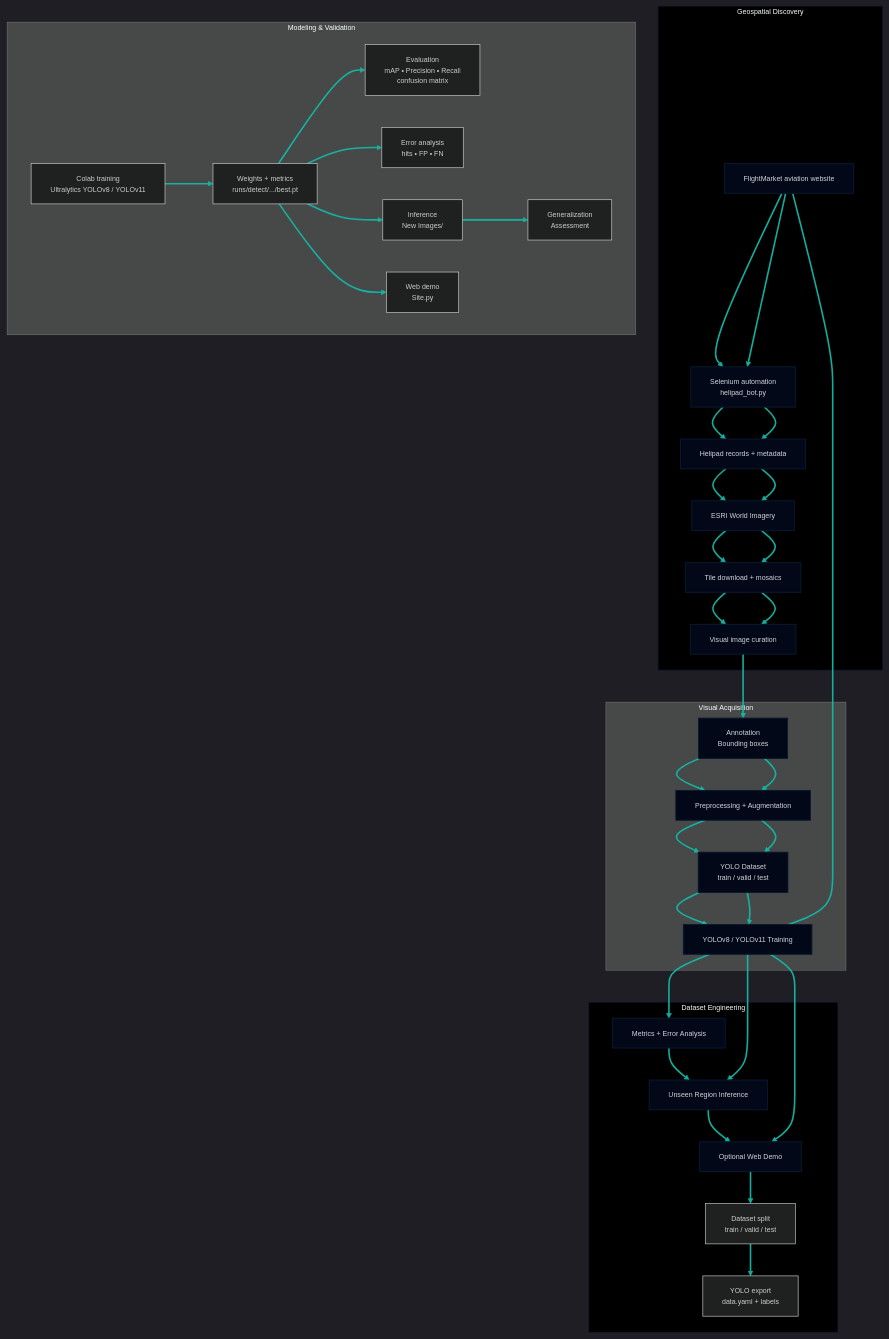
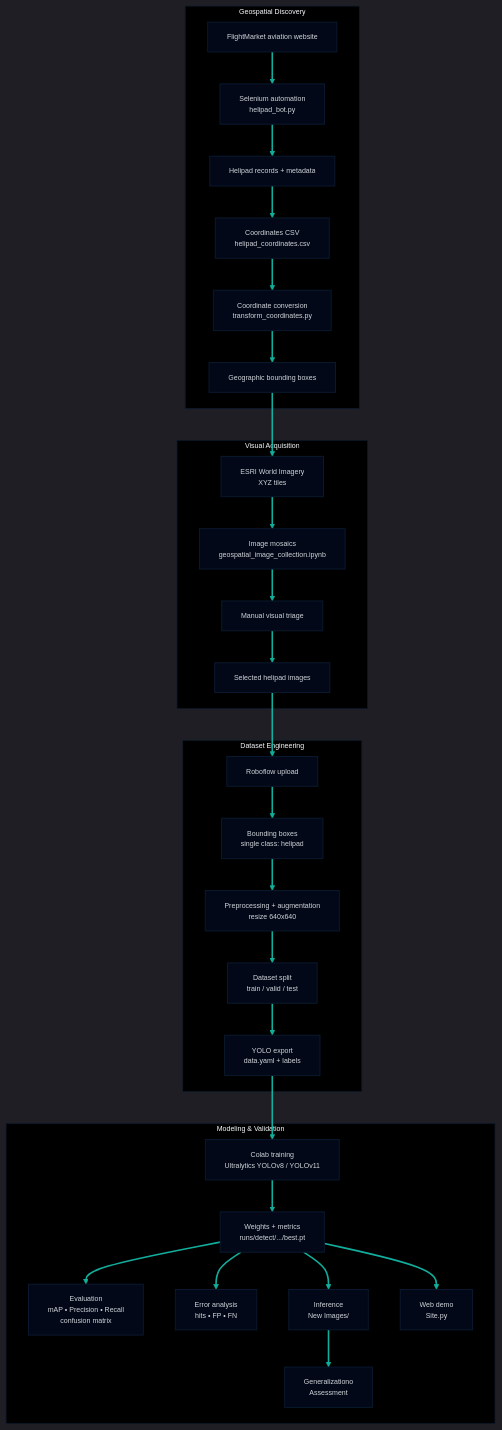
Before and after one commit to Mindful-AI-Research/3-project-ai-ml-yolo-helipad_detector: the diagram in README.md, drawn with Mermaid.

Commit message:
Update README.md (#17)

````diff
--- a/README.md
+++ b/README.md
@@ -403,7 +403,7 @@
     "theme": "dark",
     "themeVariables": {
       "background": "#020617",
-      "primaryTextColor": "#14B8A6",
+      "primaryTextColor": "#D1D5DB",
       "lineColor": "#14b8a6",
       "defaultLinkColor": "#14b8a6",
       "fontFamily": "Inter, Segoe UI, Arial, sans-serif",
@@ -419,10 +419,8 @@
 classDef group fill:#000000,stroke:#0a1a2f,color:#F8FAFC,stroke-width:1px;
 
 
+%% ===== G1 =====
 subgraph G1["Geospatial Discovery"]
-A["Helipad data acquisition"]
-B["Coordinates + metadata"]
-C["Geographic bounding boxes"]
 
 A["FlightMarket aviation website"]
 B["Selenium automation<br/>helipad_bot.py"]
@@ -445,24 +443,12 @@
 J["Selected helipad images"]
 
 G --> H --> I --> J
-=======
-A --> B --> C
+
 end
 
 
-subgraph G2["Satellite Image Acquisition"]
-D["ESRI World Imagery"]
-E["Tile download + mosaics"]
-F["Visual image curation"]
-
-D --> E --> F
-end
-
-
+%% ===== G3 =====
 subgraph G3["Dataset Engineering"]
-G["Annotation<br/>Bounding boxes"]
-H["Preprocessing + Augmentation"]
-I["YOLO Dataset<br/>train / valid / test"]
 
 K["Roboflow upload"]
 L["Bounding boxes<br/>single class: helipad"]
@@ -483,7 +469,7 @@
 R["Evaluation<br/>mAP • Precision • Recall<br/>confusion matrix"]
 S["Error analysis<br/>hits • FP • FN"]
 T["Inference<br/>New Images/"]
-U["Generalization<br/>Assessment"]
+U["Generalizationo<br>Assessment"]
 V["Web demo<br/>Site.py"]
 
 P --> Q
@@ -492,32 +478,25 @@
 Q --> T
 T --> U
 Q --> V
-G --> H --> I
 
 end
 
 
-subgraph G4["YOLO Training & Validation"]
-J["YOLOv8 / YOLOv11 Training"]
-K["Metrics + Error Analysis"]
-L["Unseen Region Inference"]
-M["Optional Web Demo"]
+%% ===== CONNECTIONS =====
+
+F --> G
+J --> K
+O --> P
 
 
-J --> K
-J --> L
-J --> M
-end
+%% ===== COLORS =====
 
+class A,B,C,D,E,F,G,H,I,J,K,L,M,N,O,P,Q,R,S,T,U,V navy;
 
-C --> D
-F --> G
-I --> J
-
-
-class A,B,C,D,E,F,G,H,I,J,K,L,M navy;
 class G1,G2,G3,G4 group;
 
 
+%% ===== LINKS =====
+
 linkStyle default stroke:#14b8a6,stroke-width:2.5px,opacity:0.95;
 ```
````
